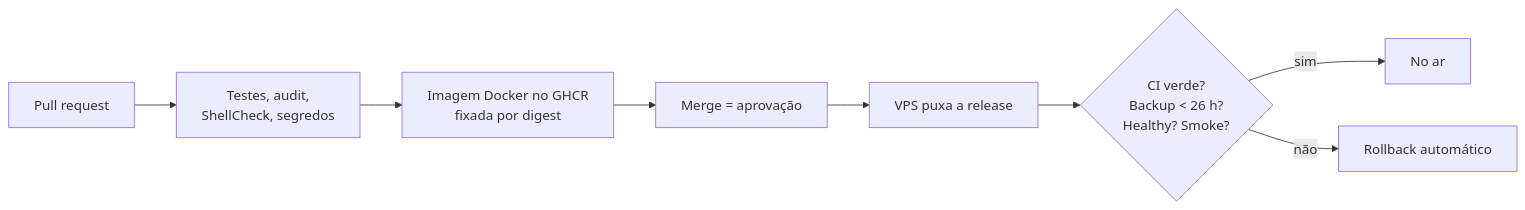
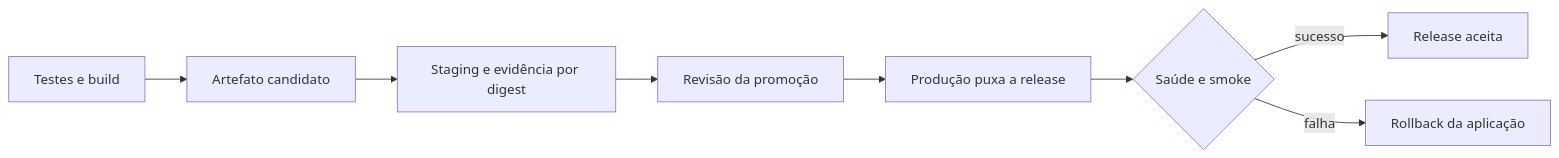
The diagram in README.md (joaoluan/myfoodlink-engineering), drawn with Mermaid before and after one commit. The commit also changed other lines of this file and 13 other files, not shown here.

````diff
--- a/README.md
+++ b/README.md
@@ -34,10 +61,10 @@
 ```mermaid
 flowchart LR
-  PR[Pull request] --> CI[Testes, audit,<br/>ShellCheck, segredos]
-  CI --> IMG[Imagem Docker no GHCR<br/>fixada por digest]
-  IMG --> MERGE[Merge = aprovação]
-  MERGE --> VPS[VPS puxa a release]
-  VPS --> GATES{CI verde?<br/>Backup < 26 h?<br/>Healthy? Smoke?}
-  GATES -- sim --> OK[No ar]
-  GATES -- não --> RB[Rollback automático]
+  CI[Testes e build] --> IMG[Artefato candidato]
+  IMG --> ST[Staging e evidência por digest]
+  ST --> PR[Revisão da promoção]
+  PR --> PROD[Produção puxa a release]
+  PROD --> G{Saúde e smoke}
+  G -- sucesso --> OK[Release aceita]
+  G -- falha --> RB[Rollback da aplicação]
 ```
````
